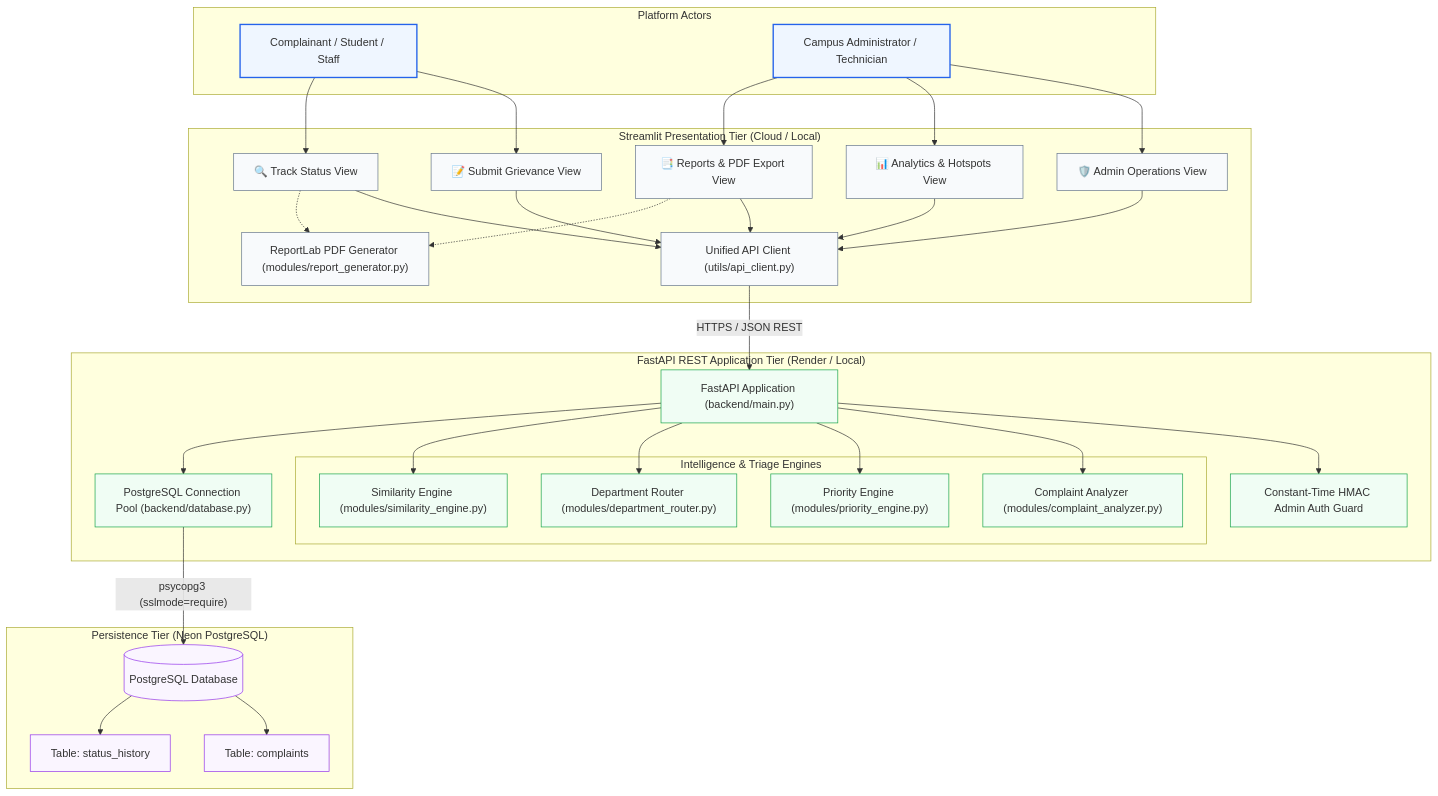
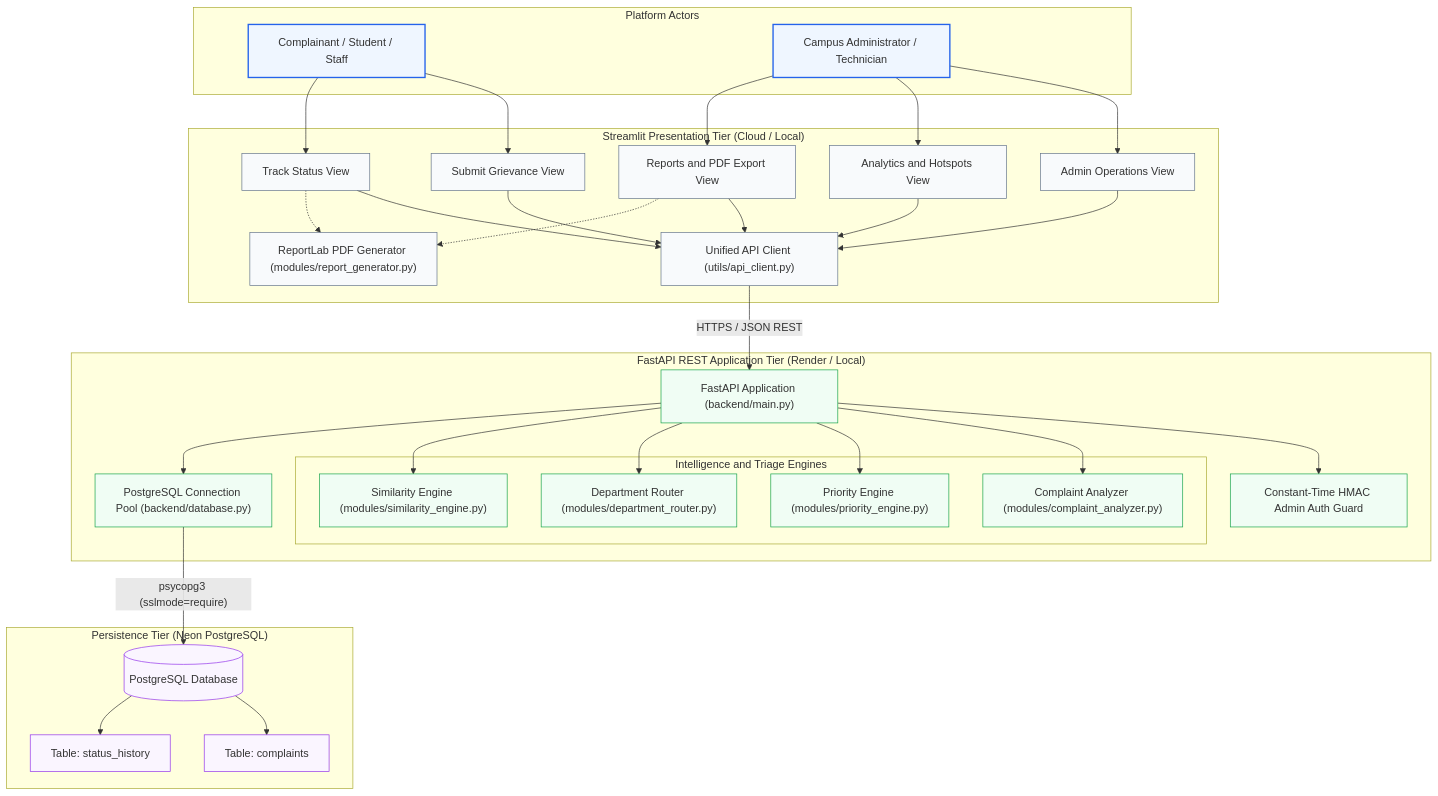
Before and after one commit to sandhiyabalasubramani/CivicPulse-AI: the first of 2 diagrams in README.md, drawn with Mermaid. The commit also changed other lines of this file and 1 other file, not shown here.

Commit message:
Fix README diagrams and local API configuration

````diff
--- a/README.md
+++ b/README.md
@@ -112,74 +112,74 @@
 ```mermaid
 flowchart TD
     subgraph Users["Platform Actors"]
         Student["Complainant / Student / Staff"]
         Admin["Campus Administrator / Technician"]
     end
 
     subgraph Frontend["Streamlit Presentation Tier (Cloud / Local)"]
-        UI_Submit["📝 Submit Grievance View"]
-        UI_Track["🔍 Track Status View"]
-        UI_Admin["🛡️ Admin Operations View"]
-        UI_Analytics["📊 Analytics & Hotspots View"]
-        UI_Reports["📑 Reports & PDF Export View"]
+        UI_Submit["Submit Grievance View"]
+        UI_Track["Track Status View"]
+        UI_Admin["Admin Operations View"]
+        UI_Analytics["Analytics and Hotspots View"]
+        UI_Reports["Reports and PDF Export View"]
         API_Client["Unified API Client (utils/api_client.py)"]
         PDF_Local["ReportLab PDF Generator (modules/report_generator.py)"]
     end
 
     subgraph Backend["FastAPI REST Application Tier (Render / Local)"]
         API_Router["FastAPI Application (backend/main.py)"]
         Auth["Constant-Time HMAC Admin Auth Guard"]
         
-        subgraph NLP_Engines["Intelligence & Triage Engines"]
+        subgraph NLP_Engines["Intelligence and Triage Engines"]
             Analyzer["Complaint Analyzer (modules/complaint_analyzer.py)"]
             Priority["Priority Engine (modules/priority_engine.py)"]
             Router["Department Router (modules/department_router.py)"]
             Similarity["Similarity Engine (modules/similarity_engine.py)"]
         end
 
         DB_Pool["PostgreSQL Connection Pool (backend/database.py)"]
     end
 
     subgraph Database["Persistence Tier (Neon PostgreSQL)"]
-        PG_DB[(PostgreSQL Database)]
+        PG_DB[("PostgreSQL Database")]
         T_Comp["Table: complaints"]
         T_Hist["Table: status_history"]
         PG_DB --> T_Comp
         PG_DB --> T_Hist
     end
 
     Student --> UI_Submit
     Student --> UI_Track
     Admin --> UI_Admin
     Admin --> UI_Analytics
     Admin --> UI_Reports
 
     UI_Submit --> API_Client
     UI_Track --> API_Client
     UI_Admin --> API_Client
     UI_Analytics --> API_Client
     UI_Reports --> API_Client
 
     UI_Track -.-> PDF_Local
     UI_Reports -.-> PDF_Local
 
     API_Client -- "HTTPS / JSON REST" --> API_Router
     API_Router --> Auth
     API_Router --> Analyzer
     API_Router --> Priority
     API_Router --> Router
     API_Router --> Similarity
     API_Router --> DB_Pool
 
     DB_Pool -- "psycopg3 (sslmode=require)" --> PG_DB
 
     classDef userNode fill:#EFF6FF,stroke:#2563EB,stroke-width:2px;
     classDef feNode fill:#F8FAFC,stroke:#64748B,stroke-width:1px;
     classDef beNode fill:#F0FDF4,stroke:#16A34A,stroke-width:1px;
     classDef dbNode fill:#FAF5FF,stroke:#9333EA,stroke-width:1px;
 
     class Student,Admin userNode;
     class UI_Submit,UI_Track,UI_Admin,UI_Analytics,UI_Reports,API_Client,PDF_Local feNode;
     class API_Router,Auth,Analyzer,Priority,Router,Similarity,DB_Pool beNode;
     class PG_DB,T_Comp,T_Hist dbNode;
 ```
````
